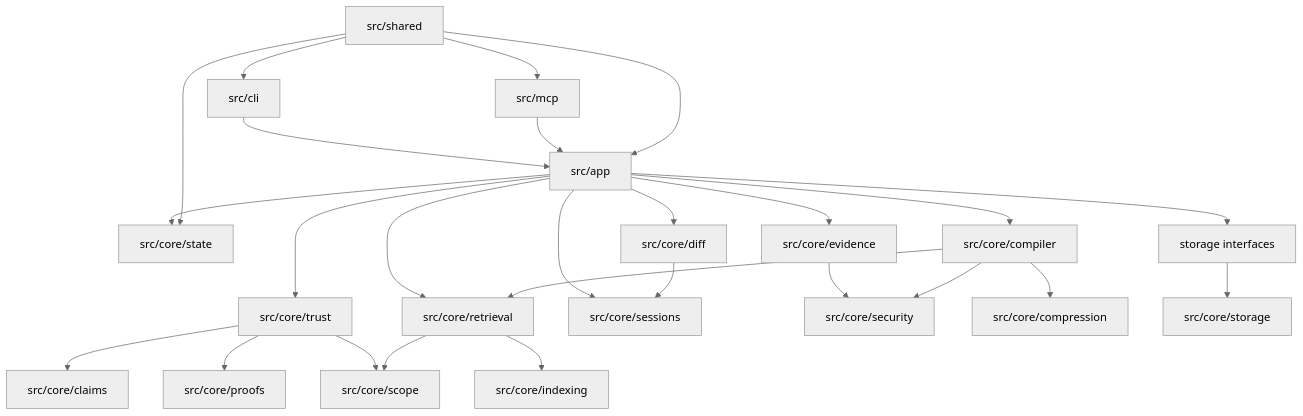
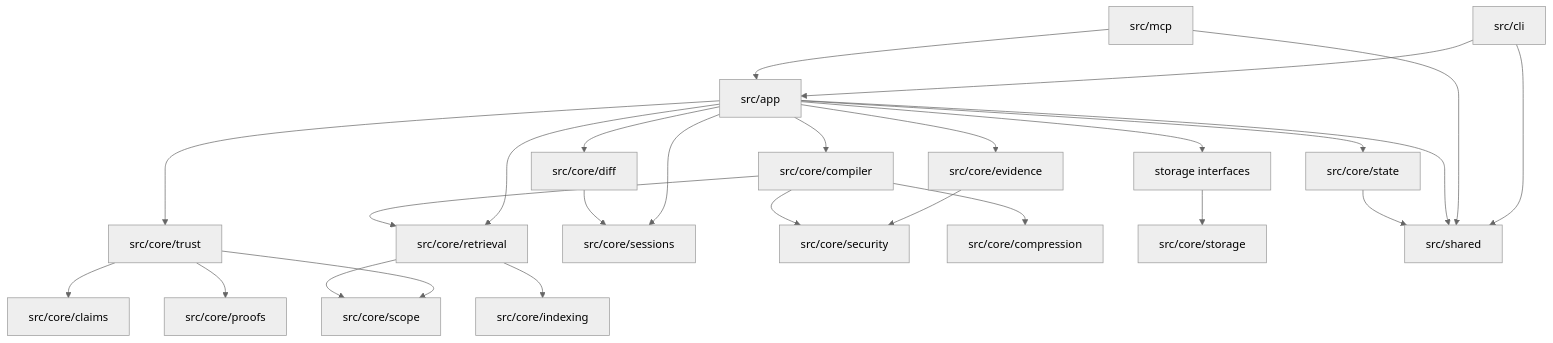
The second of 2 diagrams in docs/v1/architecture/overview.md (gael55x/Grape), drawn with Mermaid (neutral theme) before and after one commit. The commit also changed 6 other files, not shown here.

````diff
--- a/docs/v1/architecture/overview.md
+++ b/docs/v1/architecture/overview.md
@@ -90,28 +90,28 @@
 ```mermaid
 flowchart TD
   CLI[src/cli] --> APP[src/app]
   MCP[src/mcp] --> APP
   APP --> STATE[src/core/state]
   APP --> EVIDENCE[src/core/evidence]
   APP --> TRUST[src/core/trust]
   APP --> RETRIEVAL[src/core/retrieval]
   APP --> COMPILER[src/core/compiler]
   APP --> DIFF[src/core/diff]
   APP --> SESSIONS[src/core/sessions]
   APP --> STORAGEIF[storage interfaces]
   EVIDENCE --> SECURITY[src/core/security]
   TRUST --> CLAIMS[src/core/claims]
   TRUST --> PROOFS[src/core/proofs]
   TRUST --> SCOPE[src/core/scope]
   RETRIEVAL --> SCOPE
   RETRIEVAL --> INDEXING[src/core/indexing]
   COMPILER --> RETRIEVAL
   COMPILER --> COMPRESSION[src/core/compression]
   COMPILER --> SECURITY
   DIFF --> SESSIONS
   STORAGEIF --> SQLITE[src/core/storage]
-  SHARED[src/shared] --> CLI
-  SHARED --> MCP
-  SHARED --> APP
-  SHARED --> STATE
+  CLI --> SHARED[src/shared]
+  MCP --> SHARED
+  APP --> SHARED
+  STATE --> SHARED
 ```
````
